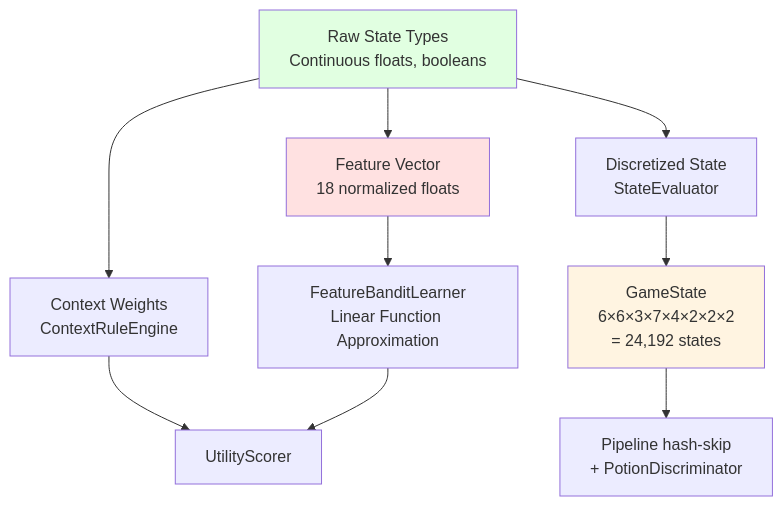
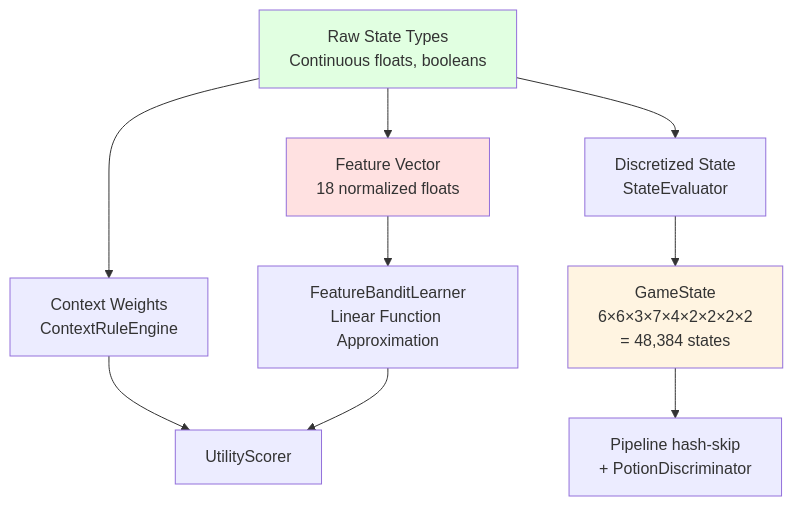
Diagram 11 of 13 in docs/architecture/1-states.md (LandingCrew/huginn), drawn with Mermaid before and after one commit. The commit also changed other lines of this file and 7 other files, not shown here.

````diff
--- a/docs/architecture/1-states.md
+++ b/docs/architecture/1-states.md
@@ -982,18 +982,18 @@
 ```mermaid
 graph TB
     Raw[Raw State Types<br/>Continuous floats, booleans] --> CW[Context Weights<br/>ContextRuleEngine]
     Raw --> Disc[Discretized State<br/>StateEvaluator]
 
-    Disc --> GS["GameState<br/>6×6×3×7×4×2×2×2<br/>= 24,192 states"]
+    Disc --> GS["GameState<br/>6×6×3×7×4×2×2×2×2<br/>= 48,384 states"]
     GS --> Skip[Pipeline hash-skip<br/>+ PotionDiscriminator]
 
     Raw --> FV[Feature Vector<br/>18 normalized floats]
     FV --> BL[FeatureBanditLearner<br/>Linear Function Approximation]
 
     CW --> Scorer[UtilityScorer]
     BL --> Scorer
 
     style Raw fill:#e1ffe1
     style GS fill:#fff4e1
     style FV fill:#ffe1e1
 ```
````
